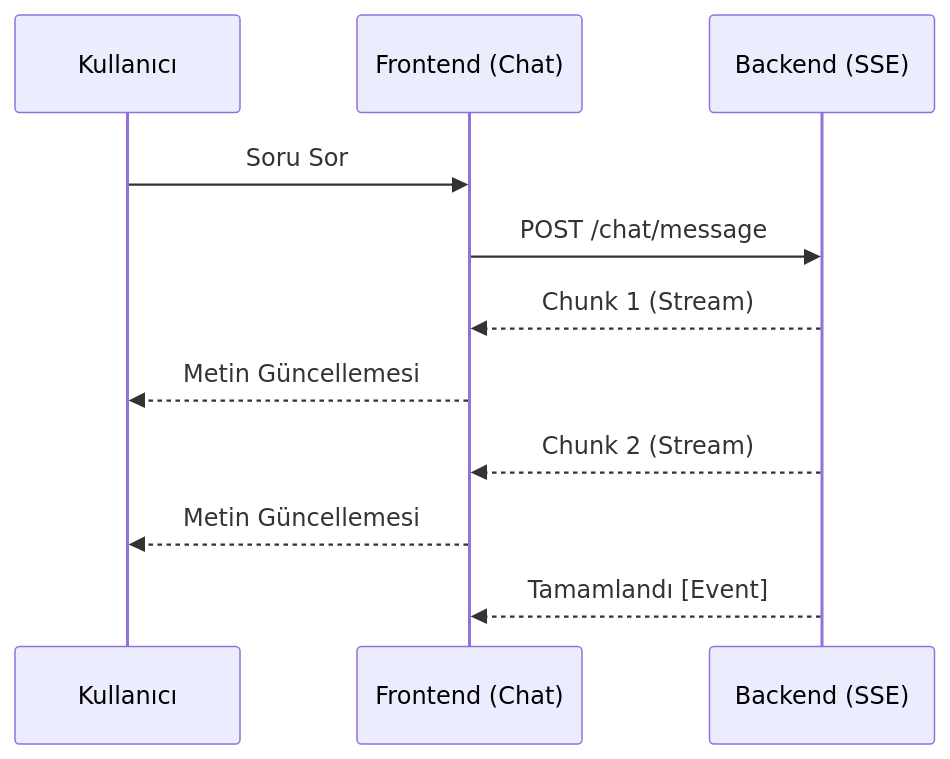
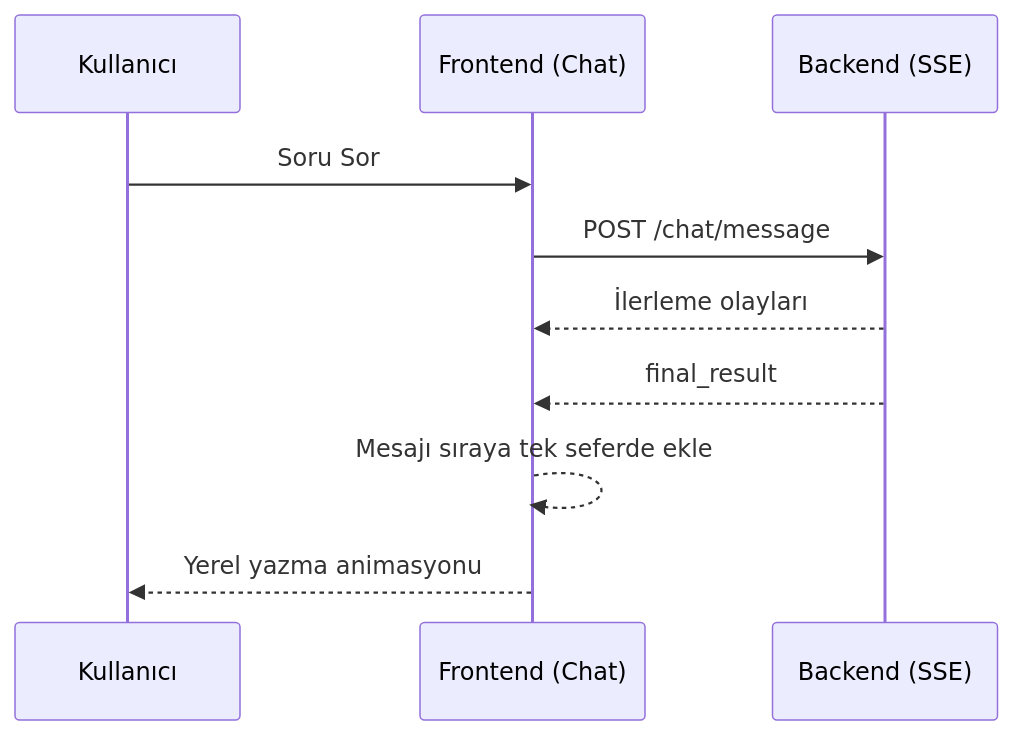
The second of 2 diagrams in docs/architecture/frontend.md (chyp3r/KACHOW-Teknofest-2026), drawn with Mermaid before and after one commit. The commit also changed other lines of this file and 2 other files, not shown here.

````diff
--- a/docs/architecture/frontend.md
+++ b/docs/architecture/frontend.md
@@ -58,14 +58,13 @@
 ```mermaid
 sequenceDiagram
     participant User as Kullanıcı
     participant UI as Frontend (Chat)
     participant API as Backend (SSE)
     
     User->>UI: Soru Sor
     UI->>API: POST /chat/message
-    API-->>UI: Chunk 1 (Stream)
-    UI-->>User: Metin Güncellemesi
-    API-->>UI: Chunk 2 (Stream)
-    UI-->>User: Metin Güncellemesi
-    API-->>UI: Tamamlandı [Event]
+    API-->>UI: İlerleme olayları
+    API-->>UI: final_result
+    UI-->>UI: Mesajı sıraya tek seferde ekle
+    UI-->>User: Yerel yazma animasyonu
 ```
````
